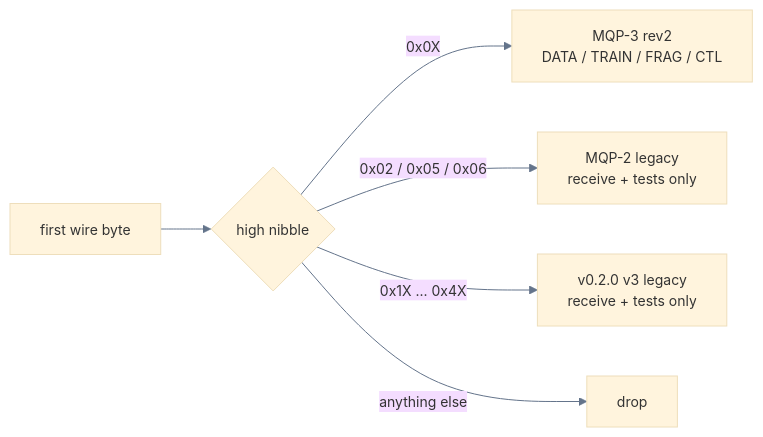
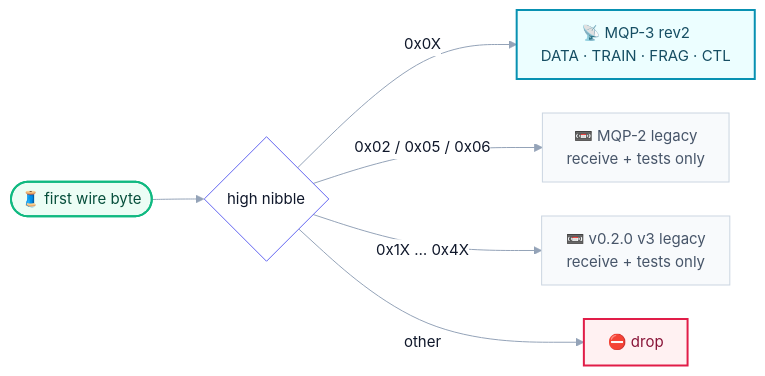
Before and after one commit to Terutoki/MyQUIC2: diagram 12 of 25 in README.md, drawn with Mermaid. The commit also changed other lines of this file, not shown here.

First line of the commit message:
docs(readme): redraw the Mermaid atlas with a polished visual system

````diff
--- a/README.md
+++ b/README.md
@@ -643,9 +699,22 @@
 ```mermaid
-%%{init: {"theme":"base","themeVariables":{"fontSize":"14px","lineColor":"#64748b"}}}%%
+%%{init: {"theme":"base","themeVariables":{"fontSize":"15px","primaryColor":"#eef2ff","primaryTextColor":"#0f172a","primaryBorderColor":"#6366f1","lineColor":"#94a3b8","secondaryColor":"#ecfeff","tertiaryColor":"#fff7ed","edgeLabelBackground":"#ffffff","clusterBkg":"#f8fafc","clusterBorder":"#e2e8f0","mainBkg":"#ffffff","noteBkgColor":"#eff6ff","noteBorderColor":"#93c5fd","noteTextColor":"#1e3a8a"},"flowchart":{"curve":"basis","nodeSpacing":34,"rankSpacing":52,"padding":12,"htmlLabels":true}} }%%
 flowchart LR
-B["first wire byte"] --> N{"high nibble"}
-    N -->|"0x0X"| R["MQP-3 rev2<br/>DATA / TRAIN / FRAG / CTL"]
-    N -->|"0x02 / 0x05 / 0x06"| V2["MQP-2 legacy<br/>receive + tests only"]
-    N -->|"0x1X ... 0x4X"| V3["v0.2.0 v3 legacy<br/>receive + tests only"]
-    N -->|"anything else"| D["drop"]
+BYTE(["🧵 first wire byte"]) --> N{"high nibble"}
+    N -->|"0x0X"| R2["📡 MQP-3 rev2<br/>DATA · TRAIN · FRAG · CTL"]
+    N -->|"0x02 / 0x05 / 0x06"| V2["📼 MQP-2 legacy<br/>receive + tests only"]
+    N -->|"0x1X … 0x4X"| V3["📼 v0.2.0 v3 legacy<br/>receive + tests only"]
+    N -->|"other"| DROP["⛔ drop"]
+    class BYTE clientC
+    class R2 wireC
+    class V2,V3 muteC
+    class DROP dangerC
+
+    classDef clientC fill:#ecfdf5,stroke:#10b981,stroke-width:2px,color:#064e3b
+    classDef coreC fill:#eef2ff,stroke:#6366f1,stroke-width:2px,color:#1e1b4b
+    classDef wireC fill:#ecfeff,stroke:#0891b2,stroke-width:2px,color:#164e63
+    classDef warmC fill:#fff7ed,stroke:#f97316,stroke-width:2px,color:#7c2d12
+    classDef dangerC fill:#fff1f2,stroke:#e11d48,stroke-width:2px,color:#881337
+    classDef muteC fill:#f8fafc,stroke:#cbd5e1,color:#475569
+    classDef noteC fill:#f5f3ff,stroke:#8b5cf6,stroke-width:1.5px,color:#4c1d95
+    classDef decisionC fill:#fef3c7,stroke:#d97706,stroke-width:2px,color:#78350f
 ```
````
